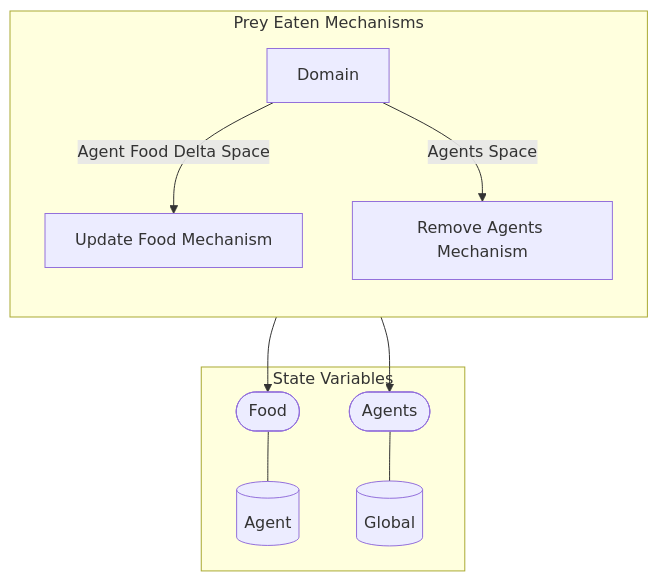
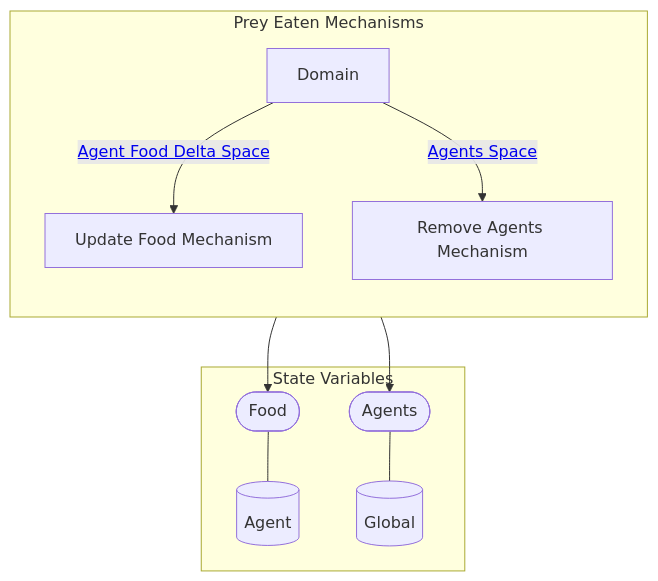
One commit to BlockScience/Predator-Prey-MSML changed the first of 2 diagrams in reports/obsidian/Wiring/Prey Eaten Mechanisms.md. Above: the diagram before and after it, drawn with Mermaid. The commit also changed other lines of this file and 48 other files, not shown here.

````diff
--- a/reports/obsidian/Wiring/Prey Eaten Mechanisms.md
+++ b/reports/obsidian/Wiring/Prey Eaten Mechanisms.md
@@ -4,32 +4,32 @@
 ```mermaid
 graph TB
 
 subgraph SVS["State Variables"]
 EE0[("Agent")]
 EE1[("Global")]
 EES0(["Food"])
 EES0 --- EE0
 EES1(["Agents"])
 EES1 --- EE1
 end
 
 subgraph X5["Prey Eaten Mechanisms"]
 direction TB
 X1["Update Food Mechanism"]
 X1 --> EES0
 X2["Remove Agents Mechanism"]
 X2 --> EES1
 X3[Domain]
 
 direction LR
 direction TB
-X3 --"Agent Food Delta Space"--> X1
-X3 --"Agents Space"--> X2
+X3 --"<a href='Agent Food Delta Space' class=internal-link>Agent Food Delta Space</a>"--> X1
+X3 --"<a href='Agents Space' class=internal-link>Agents Space</a>"--> X2
 end
 class X1 internal-link;
 class X2 internal-link;
 class X4 internal-link;
 class EE0 internal-link;
 class EE1 internal-link;
 
 ```
````
